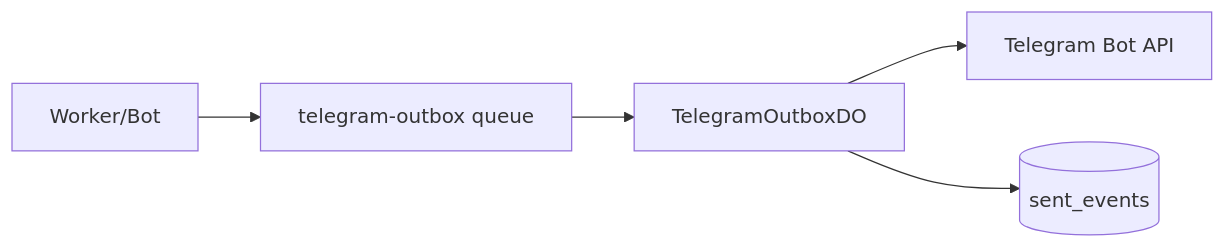
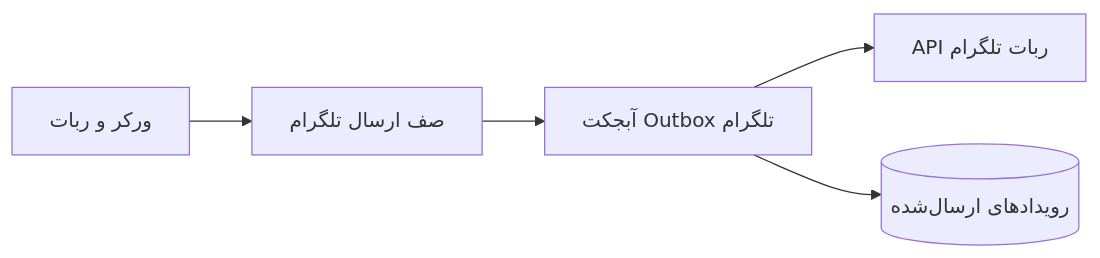
One commit to mohetios/mohetios.dev changed the eighth of 8 diagrams in content/fa/lab/anonymous-messaging-on-the-edge.md. Above: the diagram before and after it, drawn with Mermaid. The commit also changed other lines of this file and 1 other file, not shown here.

````diff
--- a/content/fa/lab/anonymous-messaging-on-the-edge.md
+++ b/content/fa/lab/anonymous-messaging-on-the-edge.md
@@ -636,7 +636,7 @@
 ```mermaid
 flowchart LR
-  W[Worker/Bot] --> Q[telegram-outbox queue]
-  Q --> O[TelegramOutboxDO]
-  O --> T[Telegram Bot API]
-  O --> S[(sent_events)]
+  W[ورکر و ربات] --> Q[صف ارسال تلگرام]
+  Q --> O[آبجکت Outbox تلگرام]
+  O --> T[API ربات تلگرام]
+  O --> S[(رویدادهای ارسال‌شده)]
 ```
````
